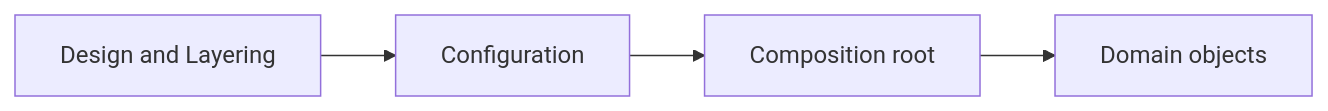
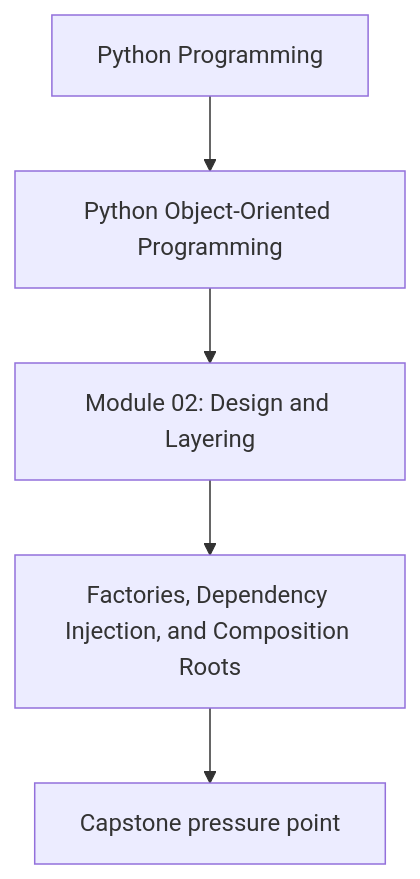
One commit to bijux/bijux-masterclass changed the first of 2 diagrams in programs/python-programming/python-object-oriented-programming/course-book/module-02-design-and-layering/factories-dependency-injection-and-composition-roots.md. Above: the diagram before and after it, drawn with Mermaid. The commit also changed other lines of this file and 107 other files, not shown here.

Commit message:
docs(python-object-oriented-programming): align concept page diagrams

````diff
--- a/programs/python-programming/python-object-oriented-programming/course-book/module-02-design-and-layering/factories-dependency-injection-and-composition-roots.md
+++ b/programs/python-programming/python-object-oriented-programming/course-book/module-02-design-and-layering/factories-dependency-injection-and-composition-roots.md
@@ -7,10 +7,7 @@
 ```mermaid
-graph LR
-  module["Design and Layering"]
-  config["Configuration"]
-  root["Composition root"]
-  domain["Domain objects"]
-
-  module --> config
-  config --> root --> domain
+flowchart TD
+  family["Python Programming"] --> program["Python Object-Oriented Programming"]
+  program --> module["Module 02: Design and Layering"]
+  module --> concept["Factories, Dependency Injection, and Composition Roots"]
+  concept --> capstone["Capstone pressure point"]
 ```
````
